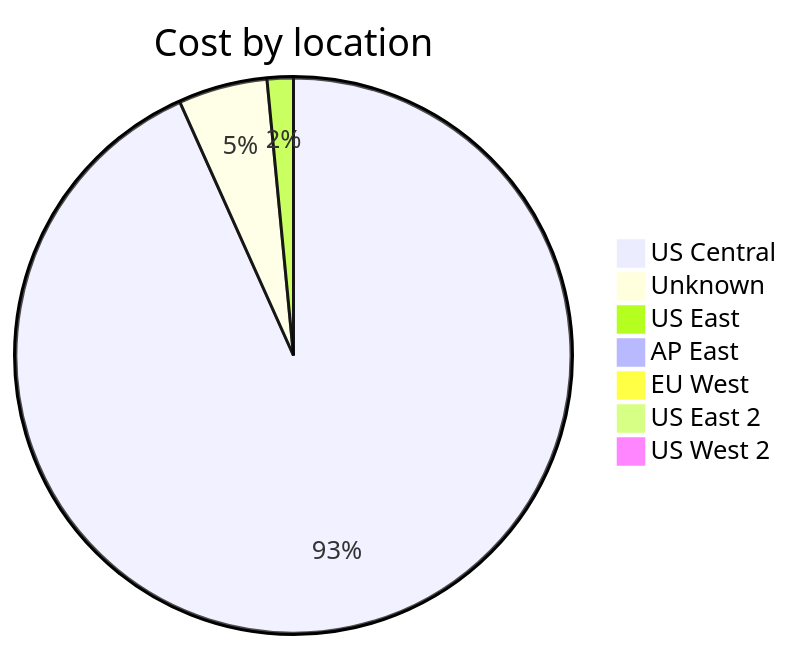
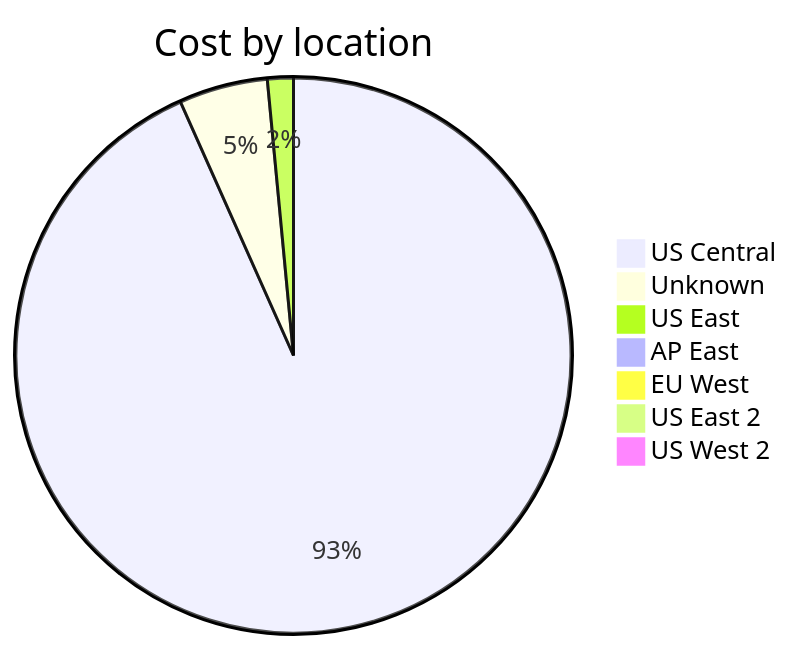
One commit to jpfulton/azure-personal-reports changed the third of 4 diagrams in cost-reports/accumulated-cost.md. Above: the diagram before and after it, drawn with Mermaid. The commit also changed other lines of this file and 4 other files, not shown here.

````diff
--- a/cost-reports/accumulated-cost.md
+++ b/cost-reports/accumulated-cost.md
@@ -123,11 +123,11 @@
 ```mermaid
 pie
    title Cost by location
-   "US Central" : 12.24
-   "Unknown" : 0.68
-   "US East" : 0.20
+   "US Central" : 13.01
+   "Unknown" : 0.72
+   "US East" : 0.21
    "AP East" : 0.00
    "EU West" : 0.00
    "US East 2" : 0.00
    "US West 2" : 0.00
 ```
````
